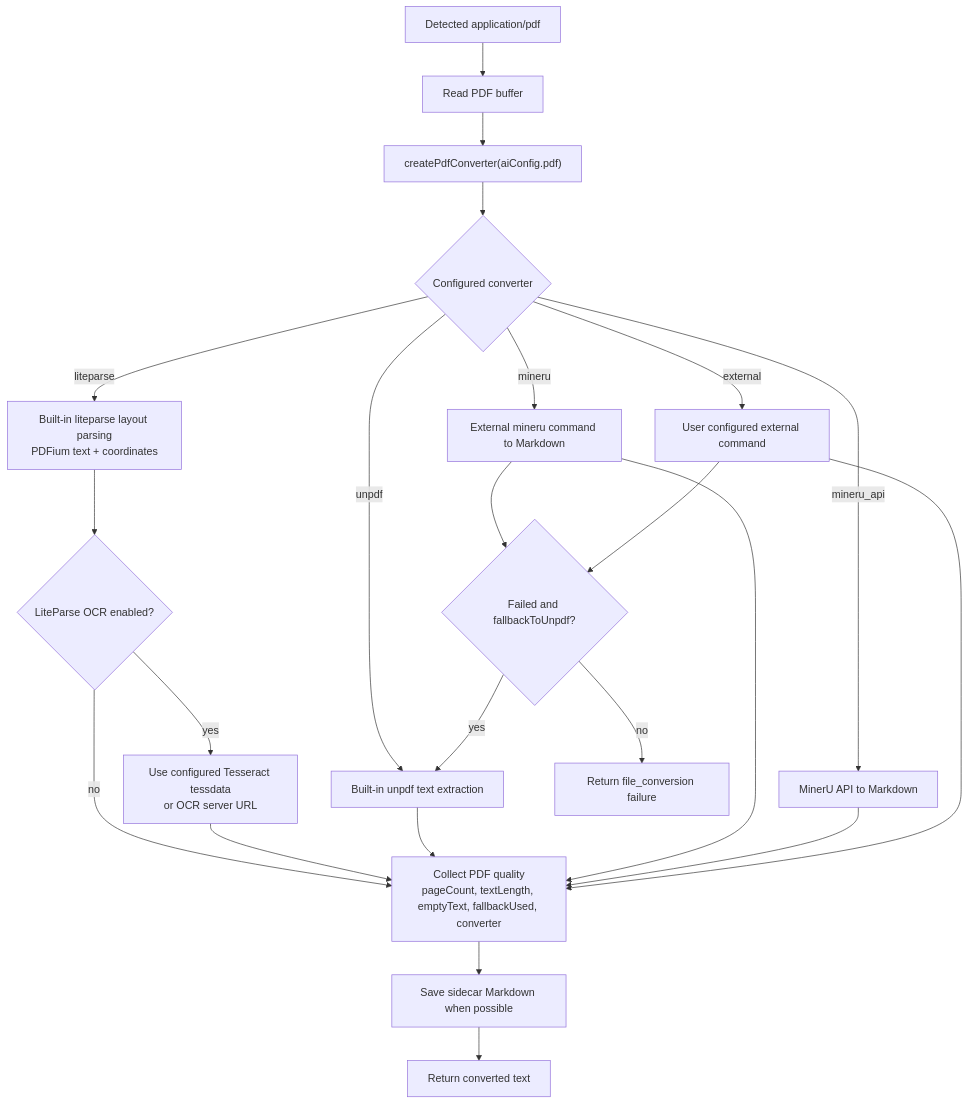
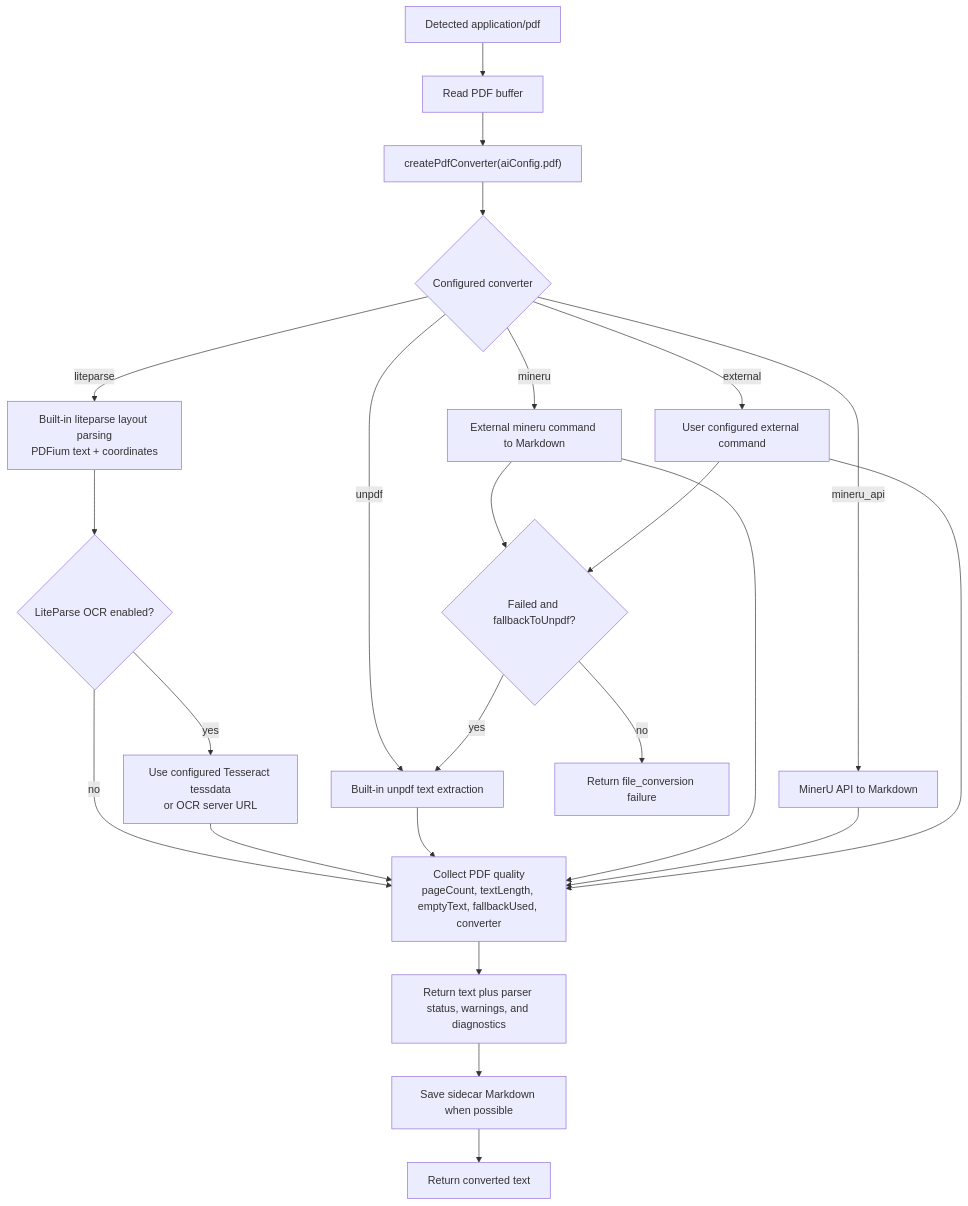
The third of 7 diagrams in docs/flow-chart.md (OSpoon/aiex-cli), drawn with Mermaid before and after one commit. The commit also changed other lines of this file and 29 other files, not shown here.

````diff
--- a/docs/flow-chart.md
+++ b/docs/flow-chart.md
@@ -54,29 +54,30 @@
 ```mermaid
 flowchart TD
   P0["Detected application/pdf"] --> P1["Read PDF buffer"]
   P1 --> P2["createPdfConverter(aiConfig.pdf)"]
   P2 --> P3{"Configured converter"}
 
   P3 -->|"unpdf"| U1["Built-in unpdf text extraction"]
   P3 -->|"liteparse"| L1["Built-in liteparse layout parsing\nPDFium text + coordinates"]
   L1 --> L2{"LiteParse OCR enabled?"}
   L2 -->|"yes"| L3["Use configured Tesseract tessdata\nor OCR server URL"]
   L2 -->|"no"| Q1
   L3 --> Q1
   P3 -->|"mineru"| M1["External mineru command to Markdown"]
   P3 -->|"mineru_api"| A1["MinerU API to Markdown"]
   P3 -->|"external"| X1["User configured external command"]
 
   M1 --> F1{"Failed and fallbackToUnpdf?"}
   X1 --> F1
   F1 -->|"yes"| U1
   F1 -->|"no"| E1["Return file_conversion failure"]
 
   U1 --> Q1["Collect PDF quality\npageCount, textLength, emptyText, fallbackUsed, converter"]
   M1 --> Q1
   A1 --> Q1
   X1 --> Q1
 
-  Q1 --> S1["Save sidecar Markdown when possible"]
-  S1 --> O1["Return converted text"]
+  Q1 --> S1["Return text plus parser status, warnings, and diagnostics"]
+  S1 --> S2["Save sidecar Markdown when possible"]
+  S2 --> O1["Return converted text"]
 ```
````
